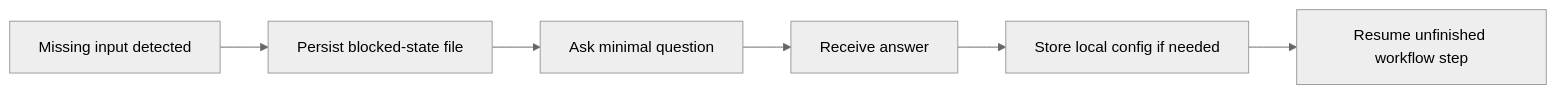
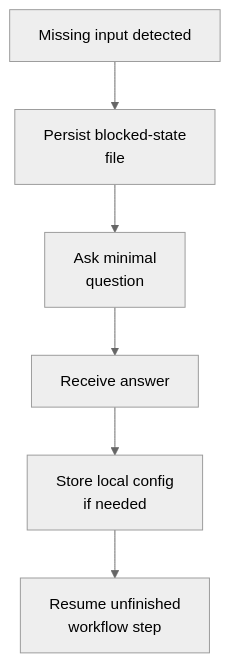
Before and after one commit to Qin-BL/quality-platform: the third of 5 diagrams in docs/qa/ai-qc-workflow.md, drawn with Mermaid (neutral theme). The commit also changed other lines of this file and 2 other files, not shown here.

Commit message:
Improve diagram readability

```diff
--- a/docs/qa/ai-qc-workflow.md
+++ b/docs/qa/ai-qc-workflow.md
@@ -64,8 +64,8 @@
 ::: mermaid
-graph LR
-    A["Missing input detected"] --> B["Persist blocked-state file"]
-    B --> C["Ask minimal question"]
+graph TD
+    A["Missing input detected"] --> B["Persist blocked-state<br/>file"]
+    B --> C["Ask minimal<br/>question"]
     C --> D["Receive answer"]
-    D --> E["Store local config if needed"]
-    E --> F["Resume unfinished workflow step"]
+    D --> E["Store local config<br/>if needed"]
+    E --> F["Resume unfinished<br/>workflow step"]
 :::
```
